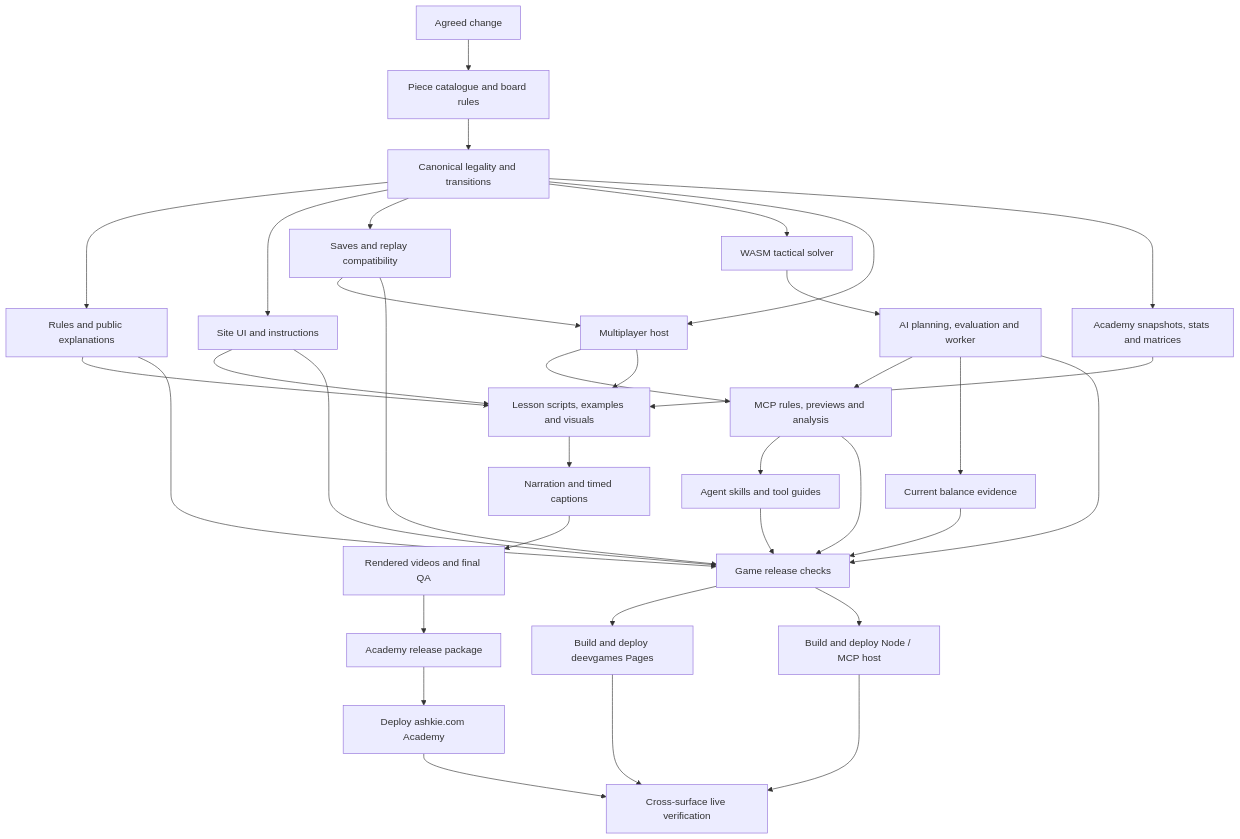
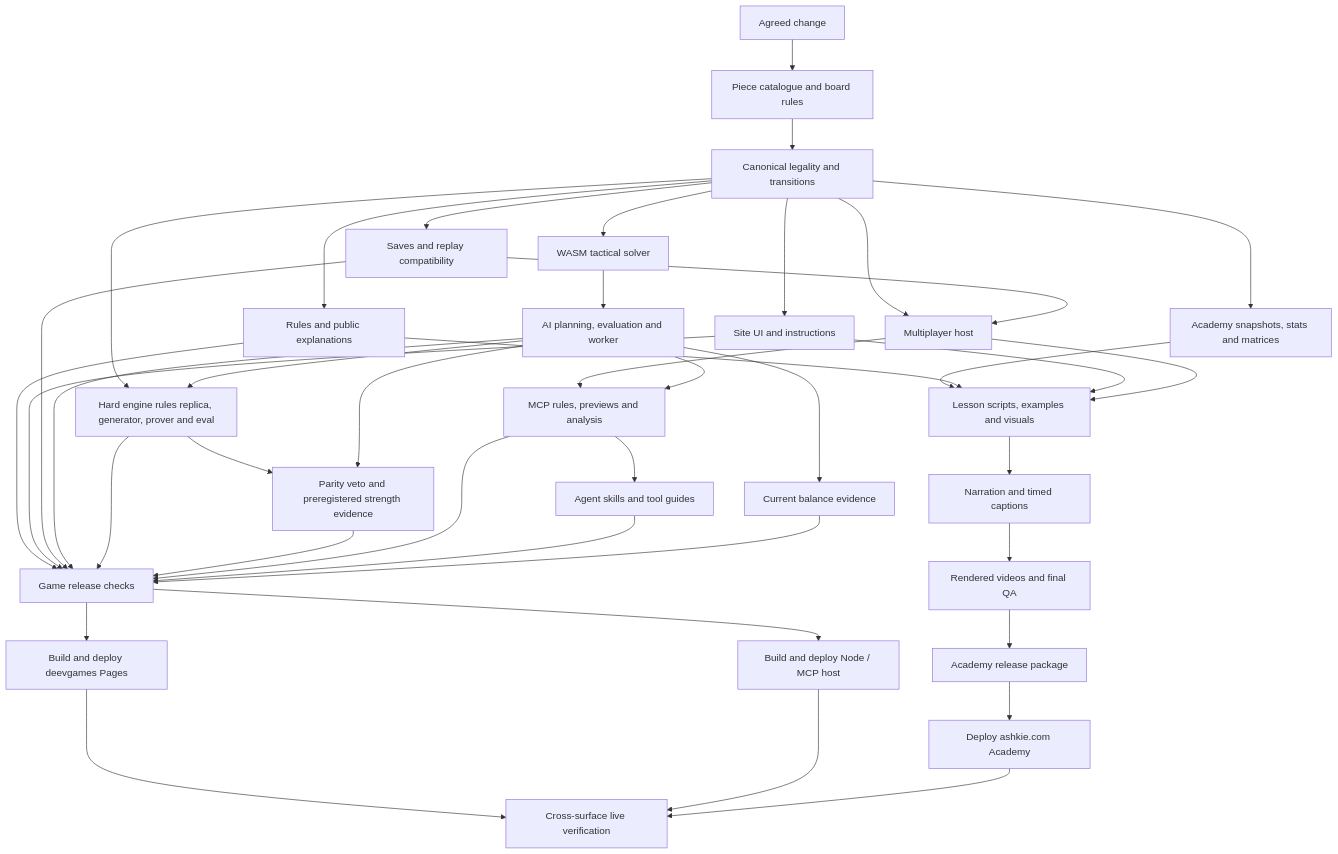
One commit to ethancd/deevgames changed the diagram in muju/docs/CONTENT_DAG.md. Above: the diagram before and after it, drawn with Mermaid. The commit also changed other lines of this file and 2 other files, not shown here.

First line of the commit message:
Map the Hard engine, strength evidence and rule-set retirement in the Muju DAG

````diff
--- a/muju/docs/CONTENT_DAG.md
+++ b/muju/docs/CONTENT_DAG.md
@@ -80,37 +80,43 @@
 ```mermaid
 flowchart TD
   intent[Agreed change] --> sources[Piece catalogue and board rules]
   sources --> engine[Canonical legality and transitions]
   engine --> docs[Rules and public explanations]
   engine --> ui[Site UI and instructions]
   engine --> saves[Saves and replay compatibility]
   engine --> wasm[WASM tactical solver]
   wasm --> ai[AI planning, evaluation and worker]
+  engine --> hard[Hard engine rules replica, generator, prover and eval]
+  ai --> hard
+  hard --> strength[Parity veto and preregistered strength evidence]
+  ai --> strength
   engine --> server[Multiplayer host]
   saves --> server
   server --> mcp[MCP rules, previews and analysis]
   ai --> mcp
   mcp --> skills[Agent skills and tool guides]
   ai --> balance[Current balance evidence]
   engine --> exports[Academy snapshots, stats and matrices]
   exports --> lessons[Lesson scripts, examples and visuals]
   docs --> lessons
   ui --> lessons
   server --> lessons
   lessons --> speech[Narration and timed captions]
   speech --> video[Rendered videos and final QA]
   video --> academyPackage[Academy release package]
   docs --> checks[Game release checks]
   ui --> checks
   saves --> checks
   ai --> checks
+  hard --> checks
+  strength --> checks
   mcp --> checks
   skills --> checks
   balance --> checks
   checks --> pages[Build and deploy deevgames Pages]
   checks --> host[Build and deploy Node / MCP host]
   academyPackage --> academy[Deploy ashkie.com Academy]
   pages --> live[Cross-surface live verification]
   host --> live
   academy --> live
 ```
````
